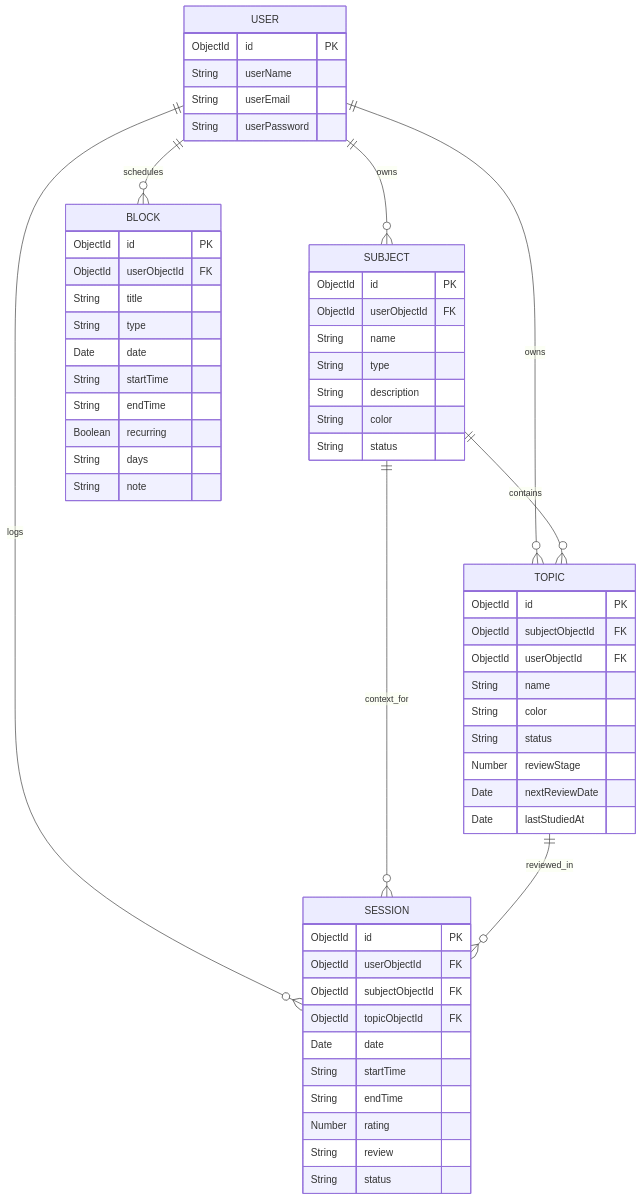
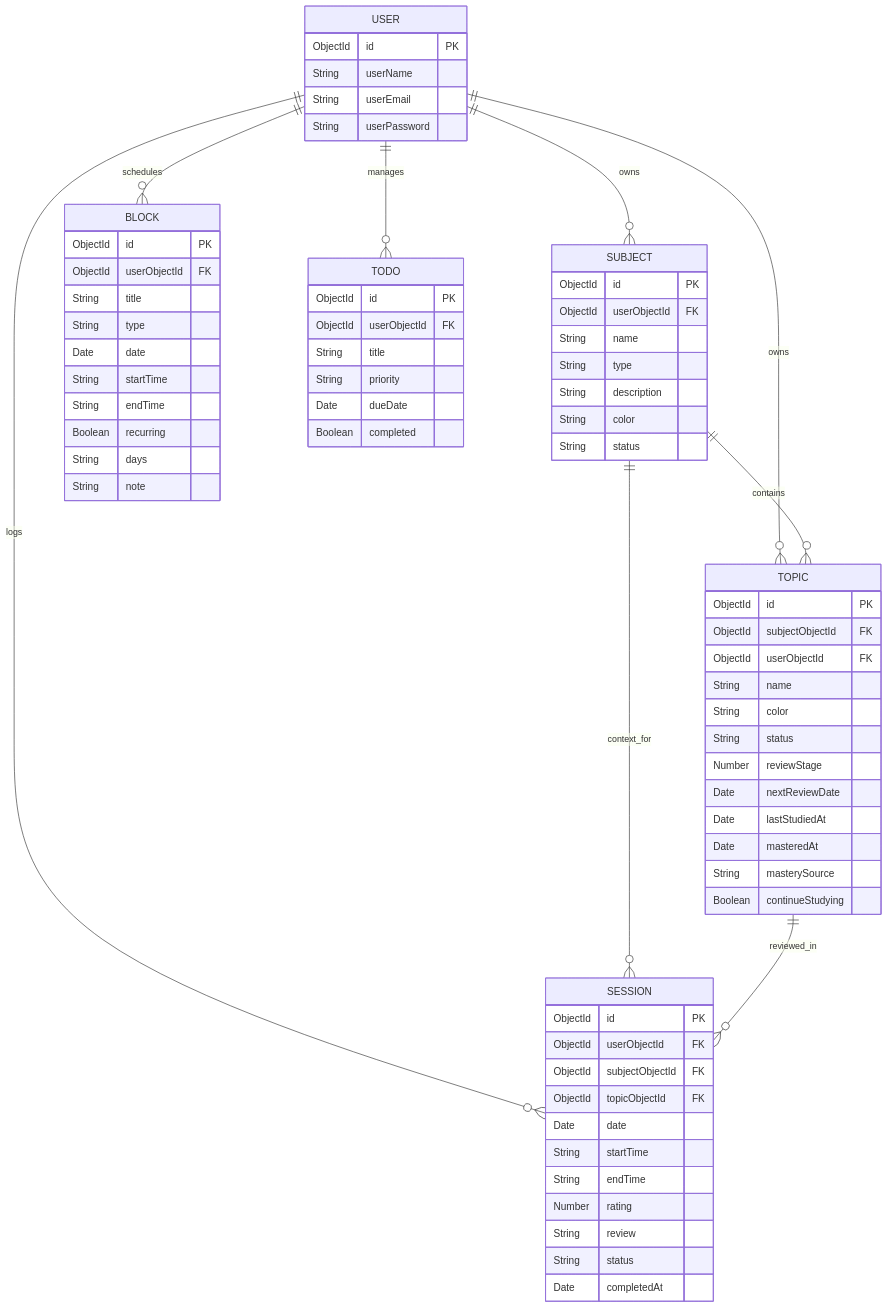
One commit to Naveen-nm27/SunsetStudy changed the second of 3 diagrams in README.md. Above: the diagram before and after it, drawn with Mermaid. The commit also changed other lines of this file and 76 other files, not shown here.

````diff
--- a/README.md
+++ b/README.md
@@ -98,66 +109,80 @@
 ```mermaid
 erDiagram
     USER ||--o{ SUBJECT : owns
     USER ||--o{ TOPIC : owns
     USER ||--o{ BLOCK : schedules
     USER ||--o{ SESSION : logs
+    USER ||--o{ TODO : manages
 
     SUBJECT ||--o{ TOPIC : contains
     SUBJECT ||--o{ SESSION : context_for
     TOPIC ||--o{ SESSION : reviewed_in
 
     USER {
         ObjectId id PK
         String userName
         String userEmail
         String userPassword
     }
 
     SUBJECT {
         ObjectId id PK
         ObjectId userObjectId FK
         String name
         String type
         String description
         String color
         String status
     }
 
     TOPIC {
         ObjectId id PK
         ObjectId subjectObjectId FK
         ObjectId userObjectId FK
         String name
         String color
         String status
         Number reviewStage
         Date nextReviewDate
         Date lastStudiedAt
+        Date masteredAt
+        String masterySource
+        Boolean continueStudying
     }
 
     BLOCK {
         ObjectId id PK
         ObjectId userObjectId FK
         String title
         String type
         Date date
         String startTime
         String endTime
         Boolean recurring
         String days
         String note
     }
 
     SESSION {
         ObjectId id PK
         ObjectId userObjectId FK
         ObjectId subjectObjectId FK
         ObjectId topicObjectId FK
         Date date
         String startTime
         String endTime
         Number rating
         String review
         String status
+        Date completedAt
+    }
+
+    TODO {
+        ObjectId id PK
+        ObjectId userObjectId FK
+        String title
+        String priority
+        Date dueDate
+        Boolean completed
     }
 ```
````
